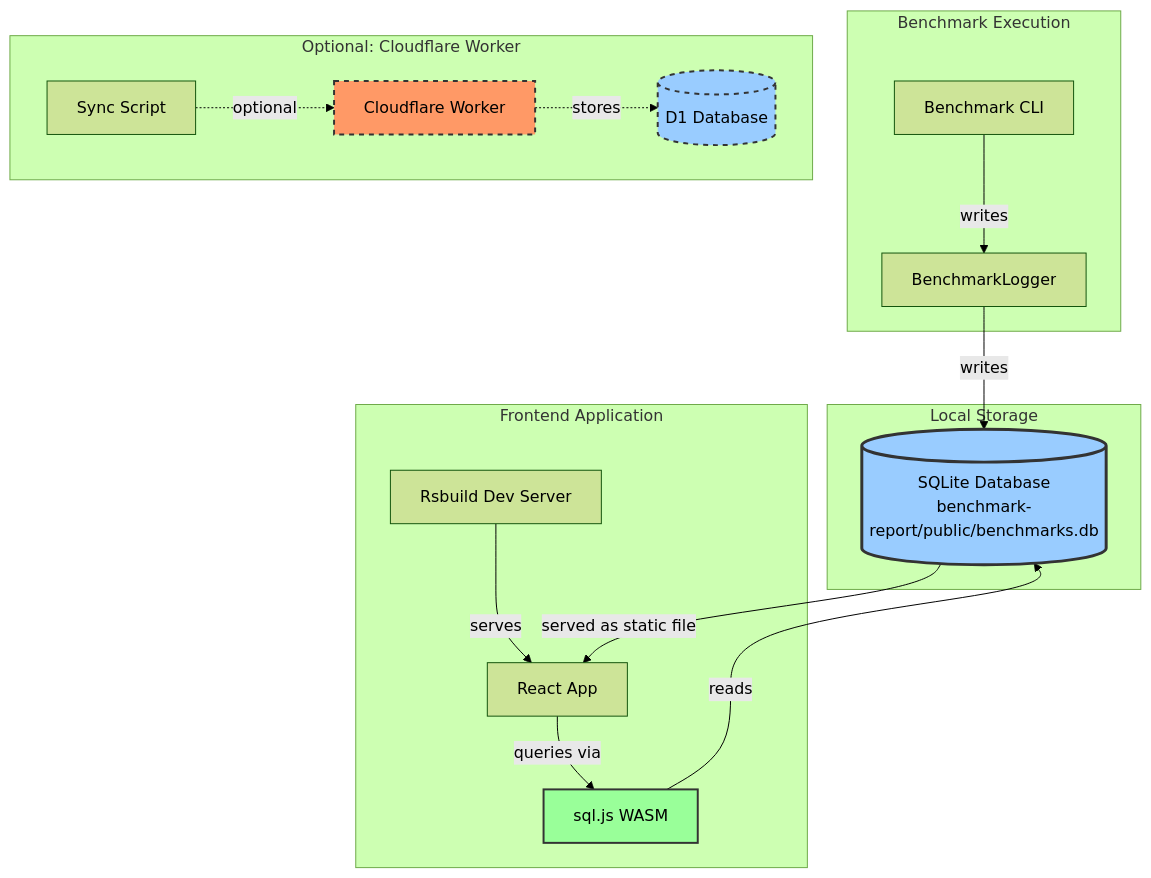
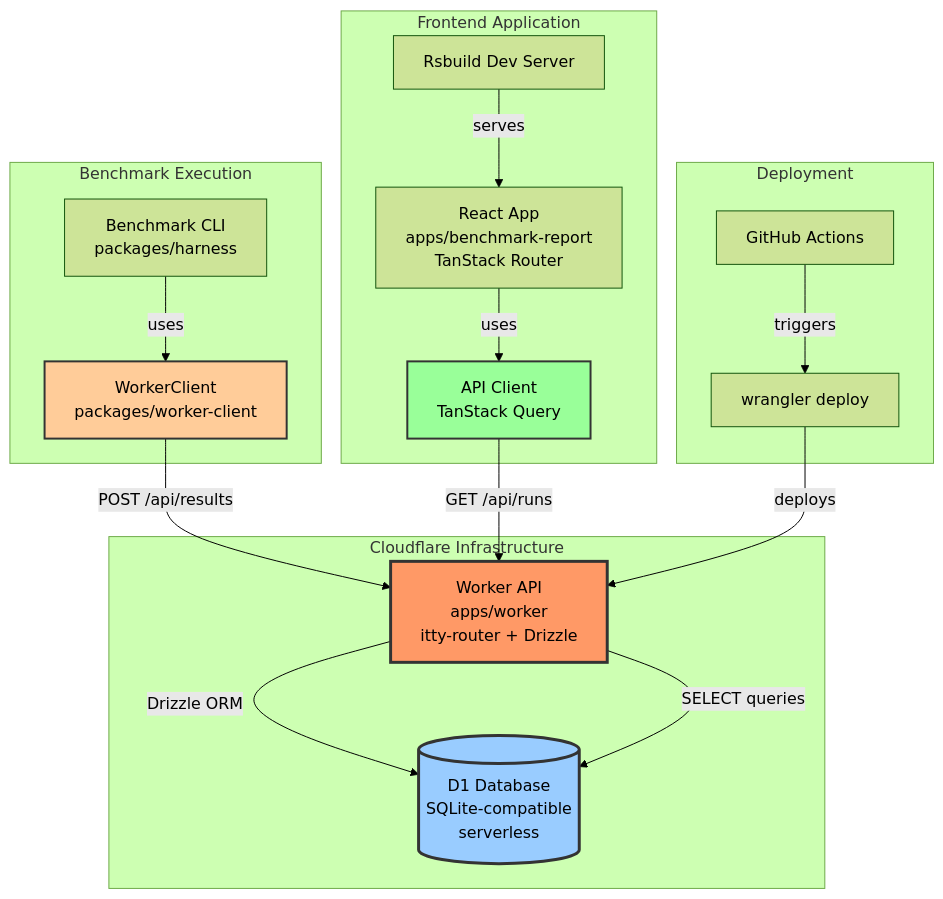
The second of 19 diagrams in ARCHITECTURE.md (ZephyrCloudIO/ze-benchmarks), drawn with Mermaid (forest theme) before and after one commit. The commit also changed other lines of this file and 15 other files, not shown here.

````diff
--- a/ARCHITECTURE.md
+++ b/ARCHITECTURE.md
@@ -92,38 +91,40 @@
 ```mermaid
 graph TB
     subgraph "Benchmark Execution"
-        CLI[Benchmark CLI]
-        LOGGER[BenchmarkLogger]
+        CLI[Benchmark CLI<br/>packages/harness]
+        LOGGER[WorkerClient<br/>packages/worker-client]
     end
 
-    subgraph "Local Storage"
-        SQLITE[(SQLite Database<br/>benchmark-report/public/benchmarks.db)]
+    subgraph "Cloudflare Infrastructure"
+        WORKER[Worker API<br/>apps/worker<br/>itty-router + Drizzle]
+        D1[(D1 Database<br/>SQLite-compatible<br/>serverless)]
     end
 
     subgraph "Frontend Application"
-        REACT[React App]
-        SQLJS[sql.js WASM]
+        REACT[React App<br/>apps/benchmark-report<br/>TanStack Router]
+        APICLIENT[API Client<br/>TanStack Query]
         RSBUILD[Rsbuild Dev Server]
     end
 
-    subgraph "Optional: Cloudflare Worker"
-        WORKER[Cloudflare Worker]
-        D1[(D1 Database)]
-        SYNC[Sync Script]
+    subgraph "Deployment"
+        GHA[GitHub Actions]
+        WRANGLER[wrangler deploy]
     end
 
-    CLI -->|writes| LOGGER
-    LOGGER -->|writes| SQLITE
-    SQLITE -->|served as static file| REACT
-    REACT -->|queries via| SQLJS
-    SQLJS -->|reads| SQLITE
+    CLI -->|uses| LOGGER
+    LOGGER -->|POST /api/results| WORKER
+    WORKER -->|Drizzle ORM| D1
+
     RSBUILD -->|serves| REACT
-    
-    SYNC -.->|optional| WORKER
-    WORKER -.->|stores| D1
+    REACT -->|uses| APICLIENT
+    APICLIENT -->|GET /api/runs| WORKER
+    WORKER -->|SELECT queries| D1
 
-    style SQLITE fill:#9cf,stroke:#333,stroke-width:3px
-    style SQLJS fill:#9f9,stroke:#333,stroke-width:2px
-    style WORKER fill:#f96,stroke:#333,stroke-width:2px,stroke-dasharray: 5 5
-    style D1 fill:#9cf,stroke:#333,stroke-width:2px,stroke-dasharray: 5 5
+    GHA -->|triggers| WRANGLER
+    WRANGLER -->|deploys| WORKER
+
+    style WORKER fill:#f96,stroke:#333,stroke-width:3px
+    style D1 fill:#9cf,stroke:#333,stroke-width:3px
+    style APICLIENT fill:#9f9,stroke:#333,stroke-width:2px
+    style LOGGER fill:#fc9,stroke:#333,stroke-width:2px
 ```
````
